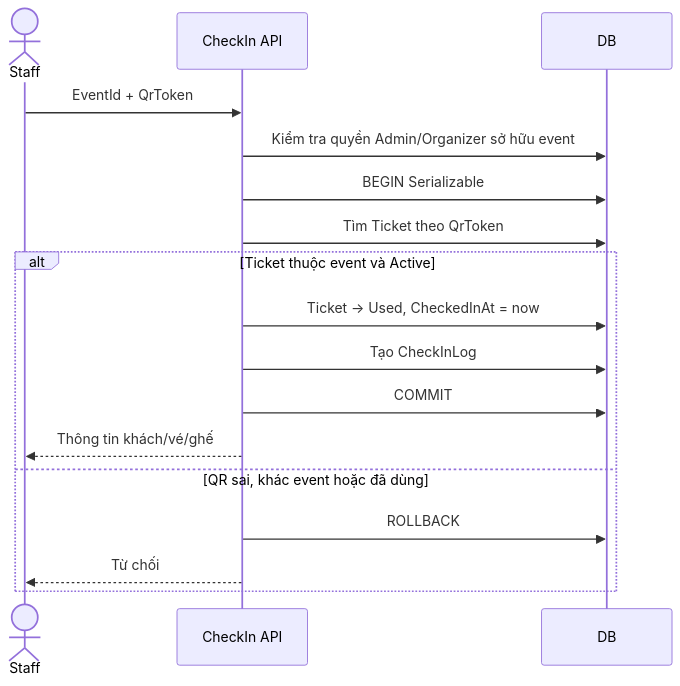
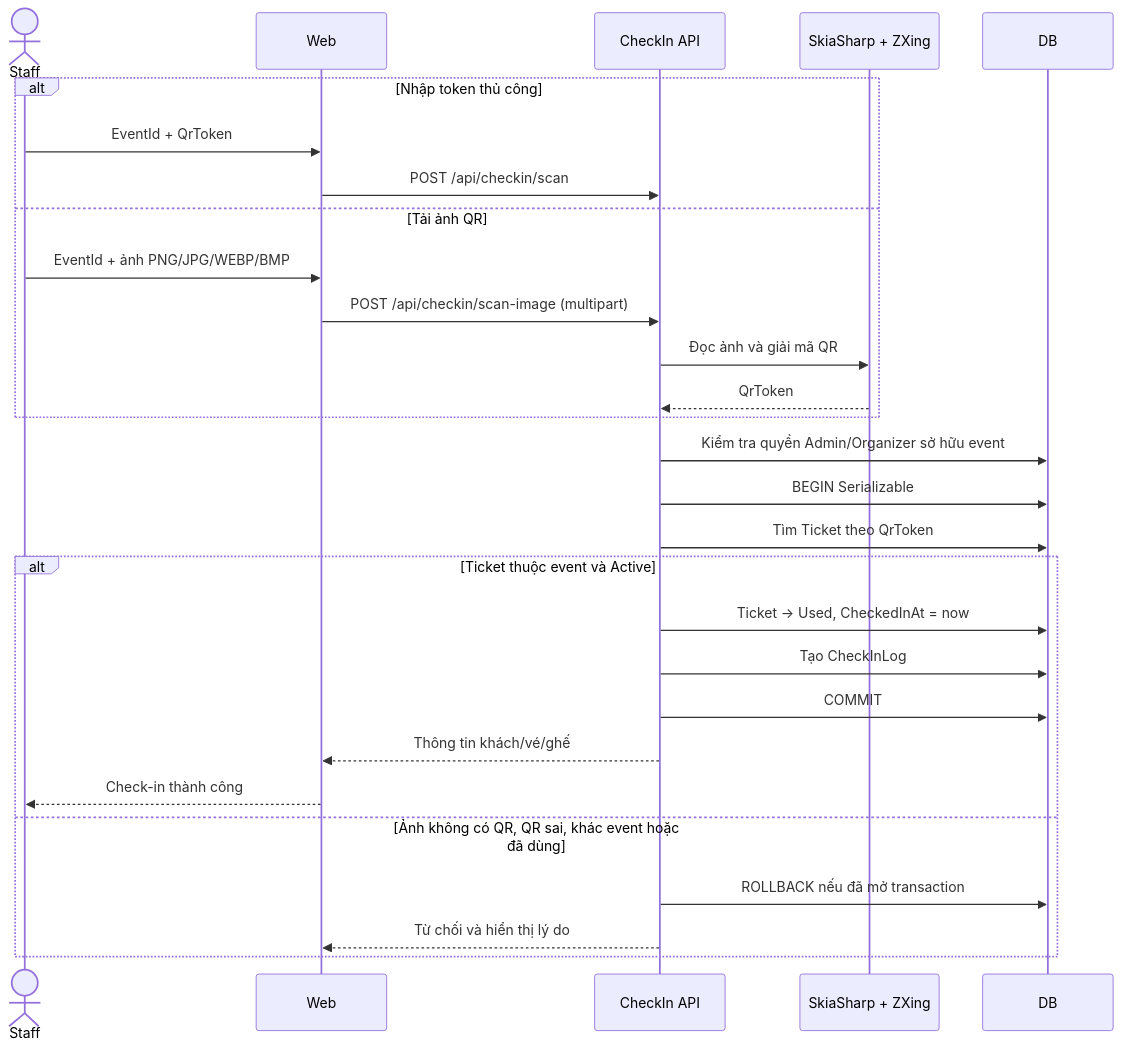
One commit to payyyyy326/eventix changed diagram 15 of 15 in BACKEND/Eventix/docs/04-cac-luong-nghiep-vu.md. Above: the diagram before and after it, drawn with Mermaid. The commit also changed other lines of this file and 10 other files, not shown here.

Commit message:
feat: support QR image check-in and ticket image download

````diff
--- a/BACKEND/Eventix/docs/04-cac-luong-nghiep-vu.md
+++ b/BACKEND/Eventix/docs/04-cac-luong-nghiep-vu.md
@@ -412,20 +413,32 @@
 ```mermaid
 sequenceDiagram
     actor Staff
+    participant Web
     participant API as CheckIn API
+    participant Decoder as SkiaSharp + ZXing
     participant DB
 
-    Staff->>API: EventId + QrToken
+    alt Nhập token thủ công
+        Staff->>Web: EventId + QrToken
+        Web->>API: POST /api/checkin/scan
+    else Tải ảnh QR
+        Staff->>Web: EventId + ảnh PNG/JPG/WEBP/BMP
+        Web->>API: POST /api/checkin/scan-image (multipart)
+        API->>Decoder: Đọc ảnh và giải mã QR
+        Decoder-->>API: QrToken
+    end
+
     API->>DB: Kiểm tra quyền Admin/Organizer sở hữu event
     API->>DB: BEGIN Serializable
     API->>DB: Tìm Ticket theo QrToken
     alt Ticket thuộc event và Active
         API->>DB: Ticket → Used, CheckedInAt = now
         API->>DB: Tạo CheckInLog
         API->>DB: COMMIT
-        API-->>Staff: Thông tin khách/vé/ghế
-    else QR sai, khác event hoặc đã dùng
-        API->>DB: ROLLBACK
-        API-->>Staff: Từ chối
+        API-->>Web: Thông tin khách/vé/ghế
+        Web-->>Staff: Check-in thành công
+    else Ảnh không có QR, QR sai, khác event hoặc đã dùng
+        API->>DB: ROLLBACK nếu đã mở transaction
+        API-->>Web: Từ chối và hiển thị lý do
     end
 ```
````
